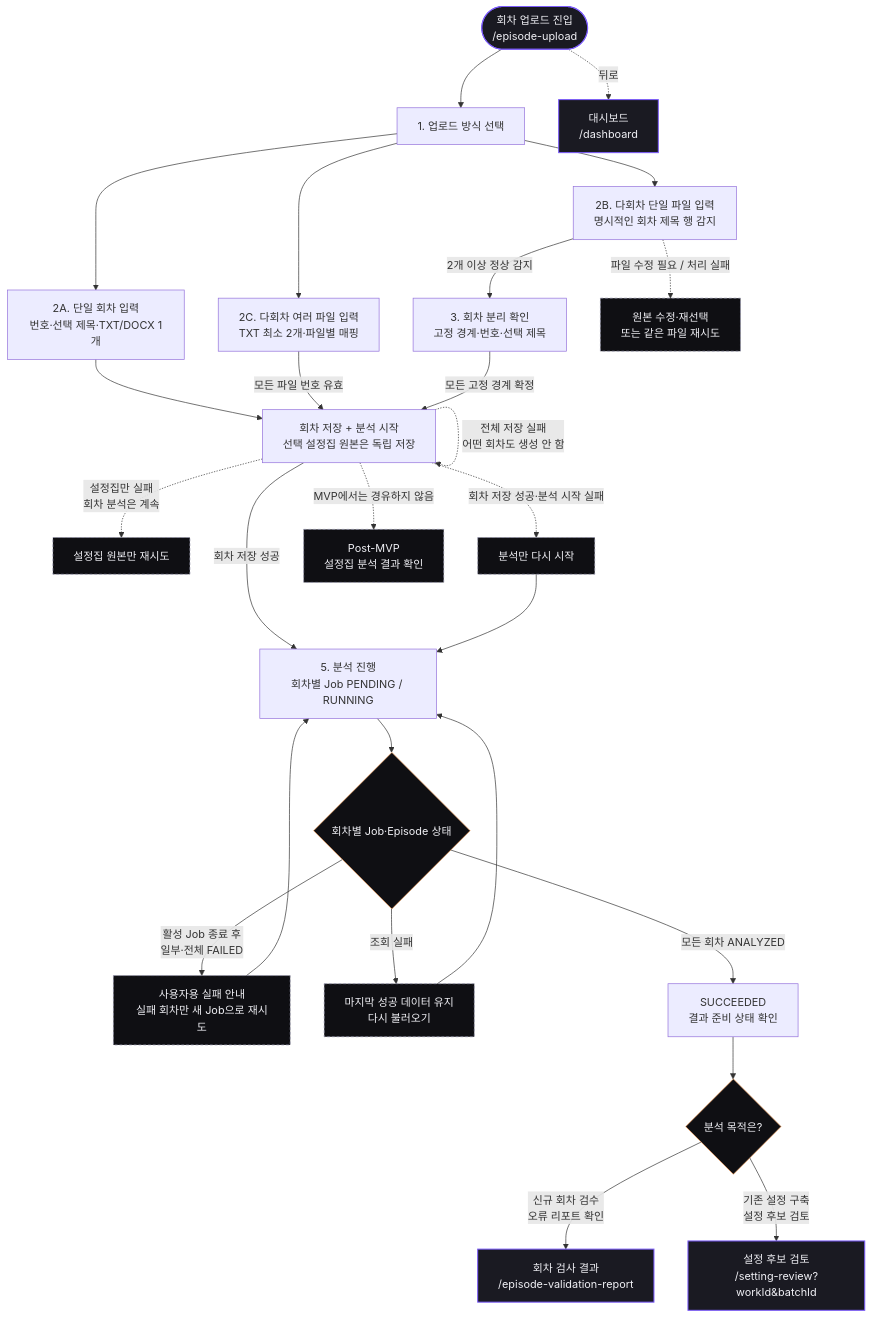
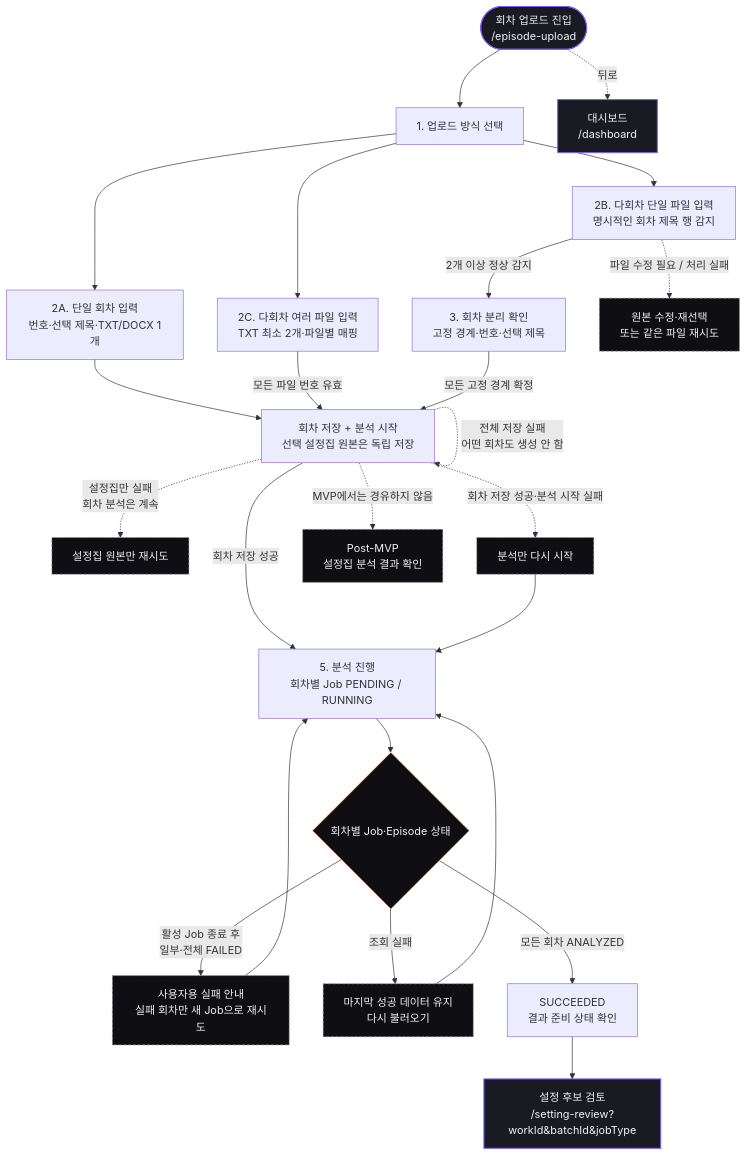
Before and after one commit to catchhole-soma/catchhole-front: the sixth of 7 diagrams in docs/screen-flow.md, drawn with Mermaid. The commit also changed other lines of this file and 7 other files, not shown here.

First line of the commit message:
feat(setting-review): 분석 목적별 검토 진입을 연결한다

````diff
--- a/docs/screen-flow.md
+++ b/docs/screen-flow.md
@@ -311,39 +308,37 @@
 ```mermaid
 flowchart TD
   start(["회차 업로드 진입<br/>/episode-upload"]):::private --> mode["1. 업로드 방식 선택"]
 
   mode --> mA["2A. 단일 회차 입력<br/>번호·선택 제목·TXT/DOCX 1개"]
   mode --> mB["2B. 다회차 단일 파일 입력<br/>명시적인 회차 제목 행 감지"]
   mode --> mC["2C. 다회차 여러 파일 입력<br/>TXT 최소 2개·파일별 매핑"]
 
   mB -- "2개 이상 정상 감지" --> bp["3. 회차 분리 확인<br/>고정 경계·번호·선택 제목"]
   mB -. "파일 수정 필요 / 처리 실패" .-> mBState["원본 수정·재선택<br/>또는 같은 파일 재시도"]:::modal
 
   mA --> persist["회차 저장 + 분석 시작<br/>선택 설정집 원본은 독립 저장"]
   mC -- "모든 파일 번호 유효" --> persist
   bp -- "모든 고정 경계 확정" --> persist
 
   persist -- "회차 저장 성공" --> proc["5. 분석 진행<br/>회차별 Job PENDING / RUNNING"]
   persist -. "전체 저장 실패<br/>어떤 회차도 생성 안 함" .-> persist
   persist -. "설정집만 실패<br/>회차 분석은 계속" .-> retrySetting["설정집 원본만 재시도"]:::modal
   persist -. "회차 저장 성공·분석 시작 실패" .-> retryAnalysis["분석만 다시 시작"]:::modal
   retryAnalysis --> proc
 
   proc --> state{"회차별 Job·Episode 상태"}:::decision
   state -- "활성 Job 종료 후<br/>일부·전체 FAILED" --> retry["사용자용 실패 안내<br/>실패 회차만 새 Job으로 재시도"]:::modal --> proc
   state -- "조회 실패" --> reload["마지막 성공 데이터 유지<br/>다시 불러오기"]:::modal --> proc
   state -- "모든 회차 ANALYZED" --> success["SUCCEEDED<br/>결과 준비 상태 확인"]
 
-  success --> qPur{"분석 목적은?"}:::decision
-  qPur -- "신규 회차 검수<br/>오류 리포트 확인" --> valreport["회차 검사 결과<br/>/episode-validation-report"]:::private
-  qPur -- "기존 설정 구축<br/>설정 후보 검토" --> review["설정 후보 검토<br/>/setting-review?workId&batchId"]:::private
+  success --> review["설정 후보 검토<br/>/setting-review?workId&batchId&jobType"]:::private
 
   postMvp["Post-MVP<br/>설정집 분석 결과 확인"]:::modal
   persist -. "MVP에서는 경유하지 않음" .-> postMvp
 
   start -. "뒤로" .-> dashboard["대시보드<br/>/dashboard"]:::private
 
   classDef private fill:#1A1A22,stroke:#7C5CFC,stroke-width:1.5px,color:#F0F0F5;
   classDef modal fill:#0F0F13,stroke:#9090A8,stroke-dasharray:4 3,color:#F0F0F5;
   classDef decision fill:#0F0F13,stroke:#F4A261,color:#F0F0F5;
 ```
````
